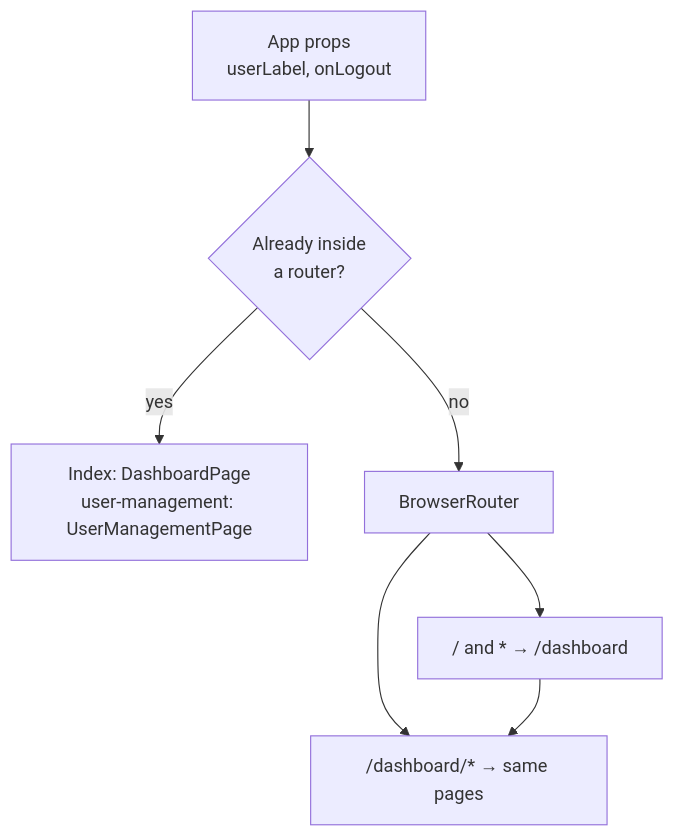
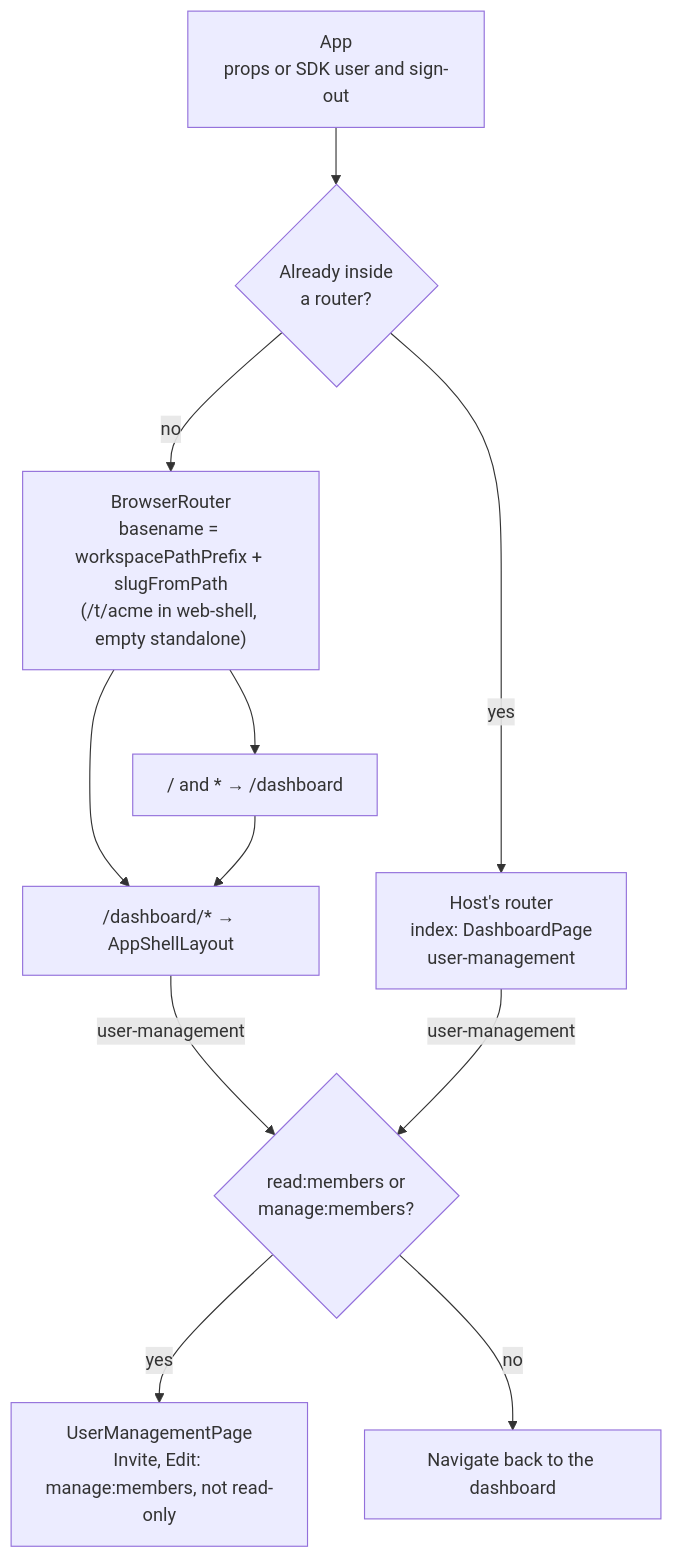
The diagram in docs/architecture/mermaid/routing.mmd (BCBP-SOLUTIONS-FZC-LLC/mfe-dashboard), drawn with Mermaid before and after one commit. The commit also changed 40 other files, not shown here.

```diff
--- a/docs/architecture/mermaid/routing.mmd
+++ b/docs/architecture/mermaid/routing.mmd
@@ -1,14 +1,21 @@
 flowchart TD
-    start["App props\nuserLabel, onLogout"]
+    start["App\nprops or SDK user and sign-out"]
     embedded{"Already inside\na router?"}
-    relative["Index: DashboardPage\nuser-management: UserManagementPage"]
-    browser["BrowserRouter"]
-    dash["/dashboard/* → same pages"]
+    relative["Host's router\nindex: DashboardPage\nuser-management"]
+    basename["BrowserRouter\nbasename = workspacePathPrefix + slugFromPath\n(/t/acme in web-shell, empty standalone)"]
+    dash["/dashboard/* → AppShellLayout"]
     root["/ and * → /dashboard"]
+    access{"read:members or\nmanage:members?"}
+    users["UserManagementPage\nInvite, Edit: manage:members, not read-only"]
+    back["Navigate back to the dashboard"]
 
     start --> embedded
     embedded -->|yes| relative
-    embedded -->|no| browser
-    browser --> dash
-    browser --> root
+    embedded -->|no| basename
+    basename --> dash
+    basename --> root
     root --> dash
+    dash -->|user-management| access
+    relative -->|user-management| access
+    access -->|yes| users
+    access -->|no| back
```
